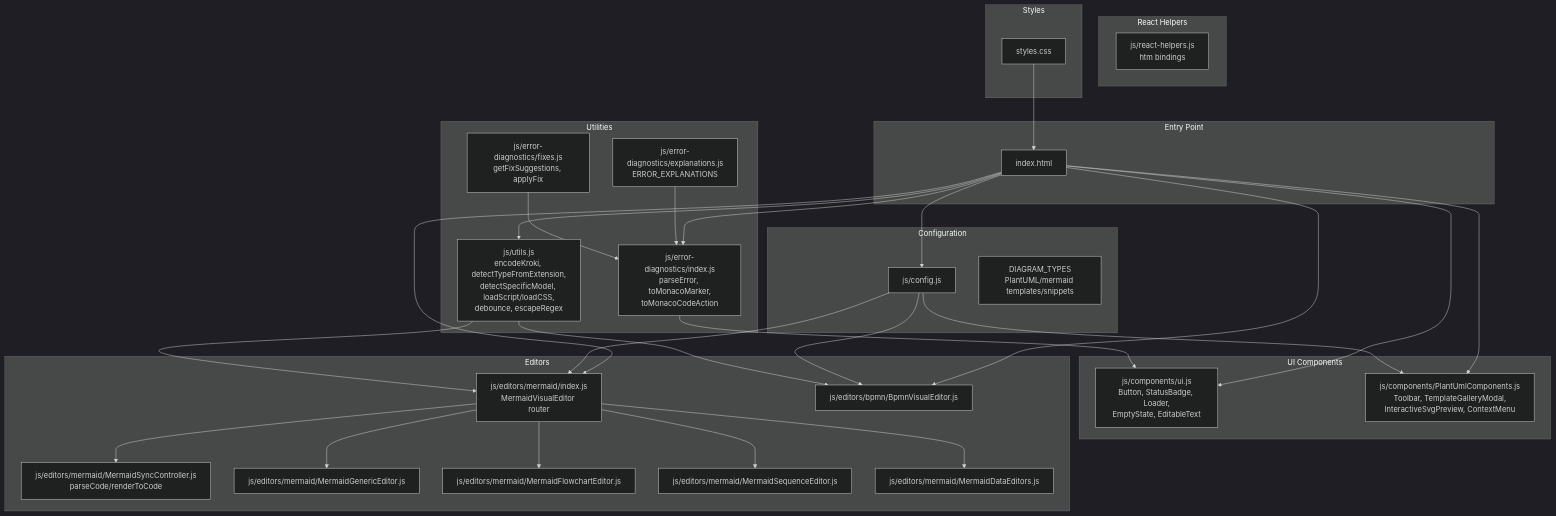
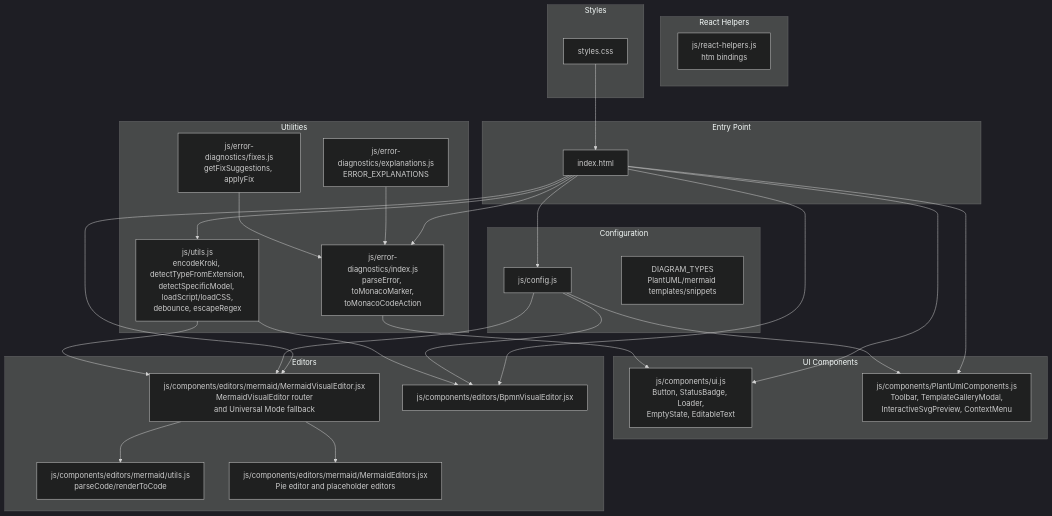
One commit to ongchonghian/universal-diagram-editor changed the first of 4 diagrams in .qoder/repowiki/en/content/Configuration and Customization.md. Above: the diagram before and after it, drawn with Mermaid (dark theme). The commit also changed other lines of this file and 31 other files, not shown here.

````diff
--- a/.qoder/repowiki/en/content/Configuration and Customization.md
+++ b/.qoder/repowiki/en/content/Configuration and Customization.md
@@ -51,56 +48,50 @@
 ```mermaid
 graph TB
 subgraph "Entry Point"
 HTML["index.html"]
 end
 subgraph "Configuration"
 CFG["js/config.js"]
 DIAG["DIAGRAM_TYPES<br/>PlantUML/mermaid templates/snippets"]
 end
 subgraph "Utilities"
 UTILS["js/utils.js<br/>encodeKroki, detectTypeFromExtension,<br/>detectSpecificModel, loadScript/loadCSS,<br/>debounce, escapeRegex"]
 ERR["js/error-diagnostics/index.js<br/>parseError, toMonacoMarker,<br/>toMonacoCodeAction"]
 EXPL["js/error-diagnostics/explanations.js<br/>ERROR_EXPLANATIONS"]
 FIX["js/error-diagnostics/fixes.js<br/>getFixSuggestions, applyFix"]
 end
 subgraph "React Helpers"
 RH["js/react-helpers.js<br/>htm bindings"]
 end
 subgraph "UI Components"
 UI["js/components/ui.js<br/>Button, StatusBadge, Loader,<br/>EmptyState, EditableText"]
 PU["js/components/PlantUmlComponents.js<br/>Toolbar, TemplateGalleryModal,<br/>InteractiveSvgPreview, ContextMenu"]
 end
 subgraph "Editors"
-MVE["js/editors/mermaid/index.js<br/>MermaidVisualEditor router"]
-MSC["js/editors/mermaid/MermaidSyncController.js<br/>parseCode/renderToCode"]
-MGEN["js/editors/mermaid/MermaidGenericEditor.js"]
-MFCE["js/editors/mermaid/MermaidFlowchartEditor.js"]
-MSE["js/editors/mermaid/MermaidSequenceEditor.js"]
-MDATA["js/editors/mermaid/MermaidDataEditors.js"]
-BVE["js/editors/bpmn/BpmnVisualEditor.js"]
+MVE["js/components/editors/mermaid/MermaidVisualEditor.jsx<br/>MermaidVisualEditor router<br/>and Universal Mode fallback"]
+MSC["js/components/editors/mermaid/utils.js<br/>parseCode/renderToCode"]
+MED["js/components/editors/mermaid/MermaidEditors.jsx<br/>Pie editor and placeholder editors"]
+BVE["js/components/editors/BpmnVisualEditor.jsx"]
 end
 subgraph "Styles"
 CSS["styles.css"]
 end
 HTML --> CFG
 HTML --> UTILS
 HTML --> ERR
 HTML --> UI
 HTML --> PU
 HTML --> MVE
 HTML --> BVE
 MVE --> MSC
-MVE --> MGEN
-MVE --> MFCE
-MVE --> MSE
-MVE --> MDATA
+MVE --> MED
 CFG --> PU
 CFG --> MVE
 CFG --> BVE
 UTILS --> MVE
 UTILS --> BVE
 ERR --> UI
 EXPL --> ERR
 FIX --> ERR
 CSS --> HTML
 ```
````
